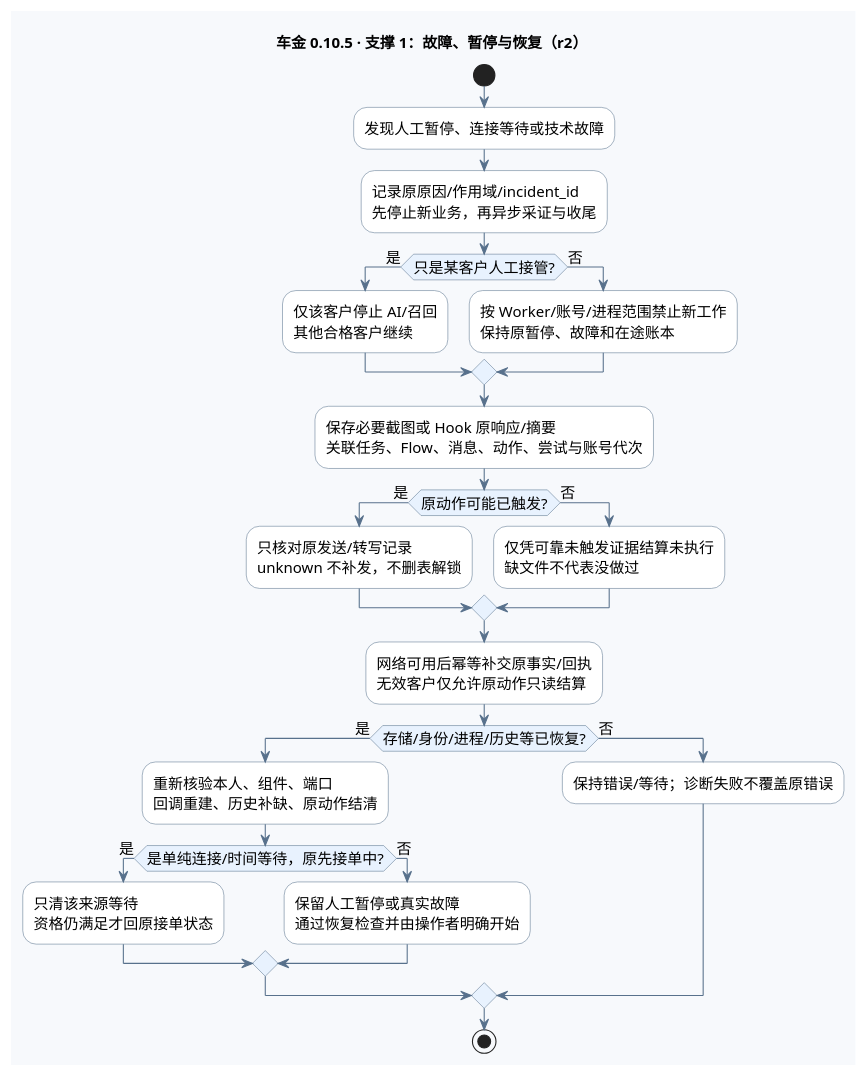
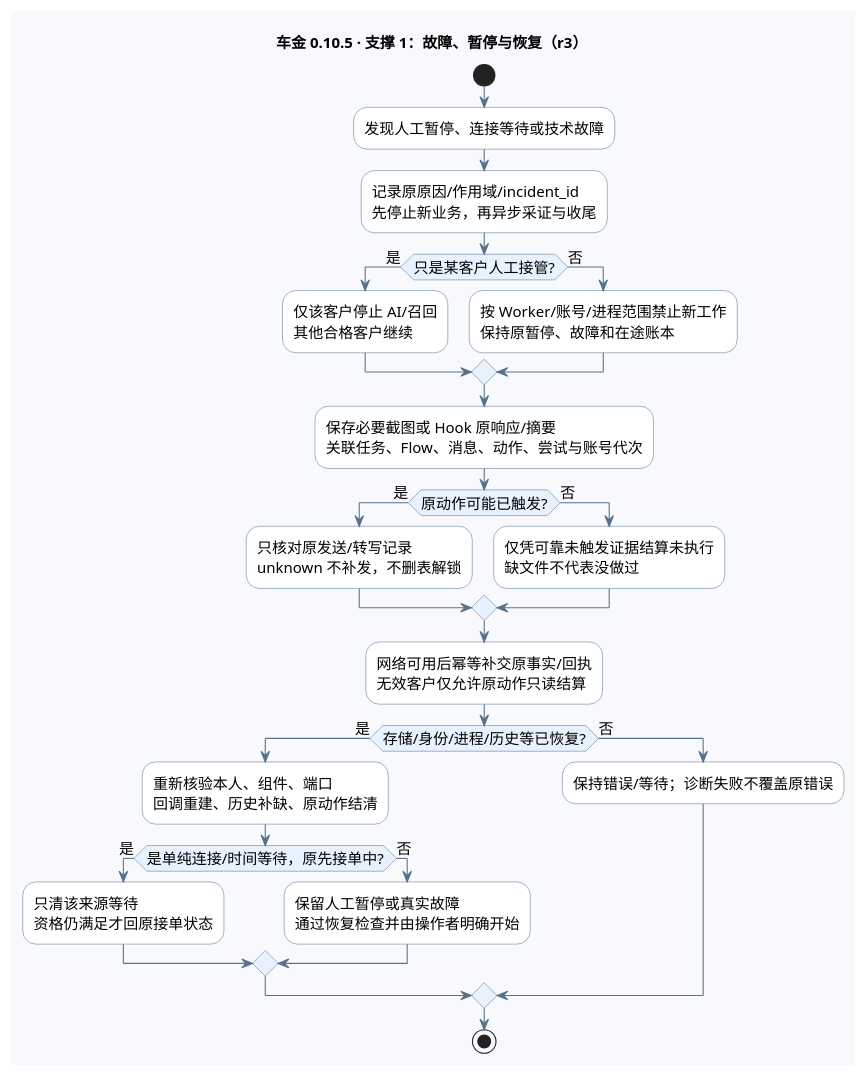
Before and after one commit to edwardzhang0304/chejin-ai-sales: the second of 4 diagrams in deliverables/AI智能客服售前跟进系统_全流程图_v0.10.5.puml, drawn with PlantUML. The commit also changed other lines of this file and 4 other files, not shown here.

```diff
--- a/deliverables/AI智能客服售前跟进系统_全流程图_v0.10.5.puml
+++ b/deliverables/AI智能客服售前跟进系统_全流程图_v0.10.5.puml
@@ -183,51 +183,51 @@
 @startuml fault
 !pragma layout smetana
 skinparam defaultFontName "PingFang SC"
 skinparam defaultFontSize 14
 skinparam backgroundColor #F7F9FC
 skinparam shadowing false
 skinparam activityBackgroundColor #FFFFFF
 skinparam activityBorderColor #58718C
 skinparam activityDiamondBackgroundColor #E8F2FE
 skinparam activityDiamondBorderColor #58718C
 skinparam ArrowColor #58718C
 skinparam noteBackgroundColor #FFF4D9
 skinparam noteBorderColor #CDA556
-title 车金 0.10.5 · 支撑 1：故障、暂停与恢复（r2）
+title 车金 0.10.5 · 支撑 1：故障、暂停与恢复（r3）
 start
 :发现人工暂停、连接等待或技术故障;
 :记录原原因/作用域/incident_id
 先停止新业务，再异步采证与收尾;
 if (只是某客户人工接管?) then (是)
   :仅该客户停止 AI/召回
 其他合格客户继续;
 else (否)
   :按 Worker/账号/进程范围禁止新工作
 保持原暂停、故障和在途账本;
 endif
 :保存必要截图或 Hook 原响应/摘要
 关联任务、Flow、消息、动作、尝试与账号代次;
 if (原动作可能已触发?) then (是)
   :只核对原发送/转写记录
 unknown 不补发，不删表解锁;
 else (否)
   :仅凭可靠未触发证据结算未执行
 缺文件不代表没做过;
 endif
 :网络可用后幂等补交原事实/回执
 无效客户仅允许原动作只读结算;
 if (存储/身份/进程/历史等已恢复?) then (是)
   :重新核验本人、组件、端口
 回调重建、历史补缺、原动作结清;
   if (是单纯连接/时间等待，原先接单中?) then (是)
     :只清该来源等待
 资格仍满足才回原接单状态;
   else (否)
     :保留人工暂停或真实故障
 通过恢复检查并由操作者明确开始;
   endif
 else (否)
   :保持错误/等待；诊断失败不覆盖原错误;
 endif
 stop
 @enduml
```
